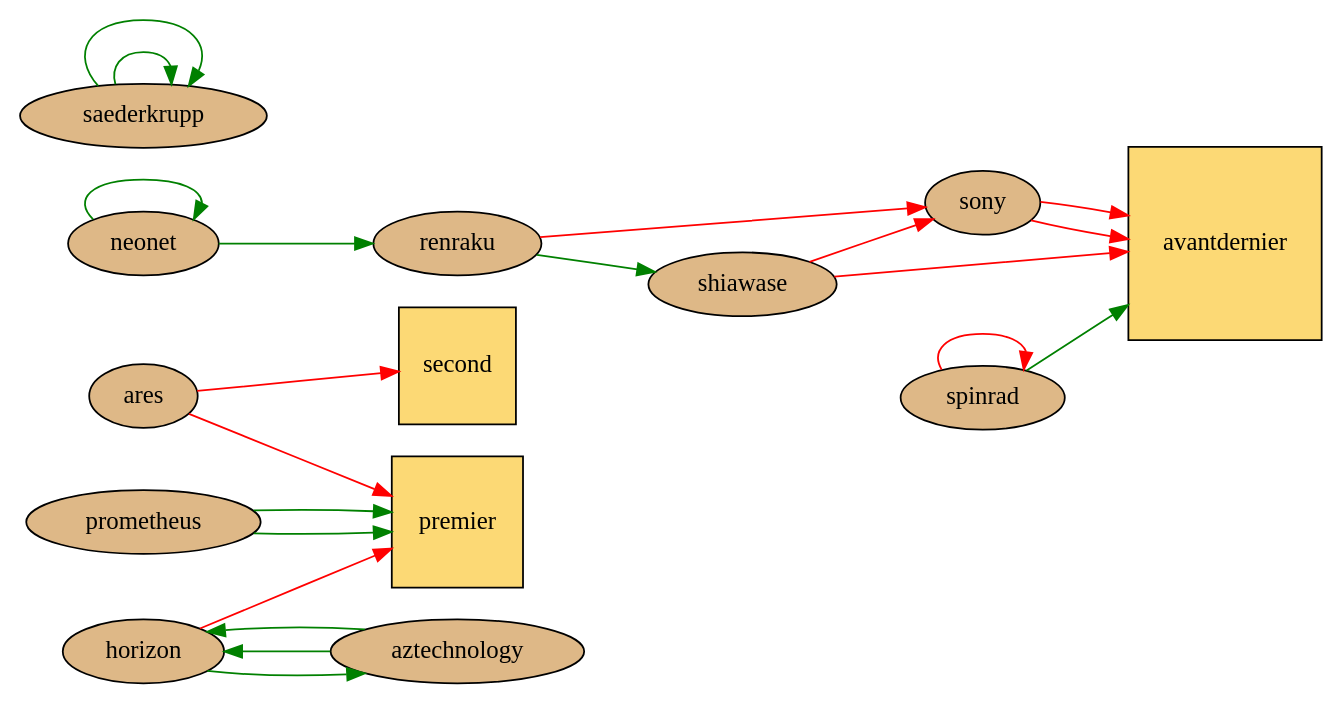
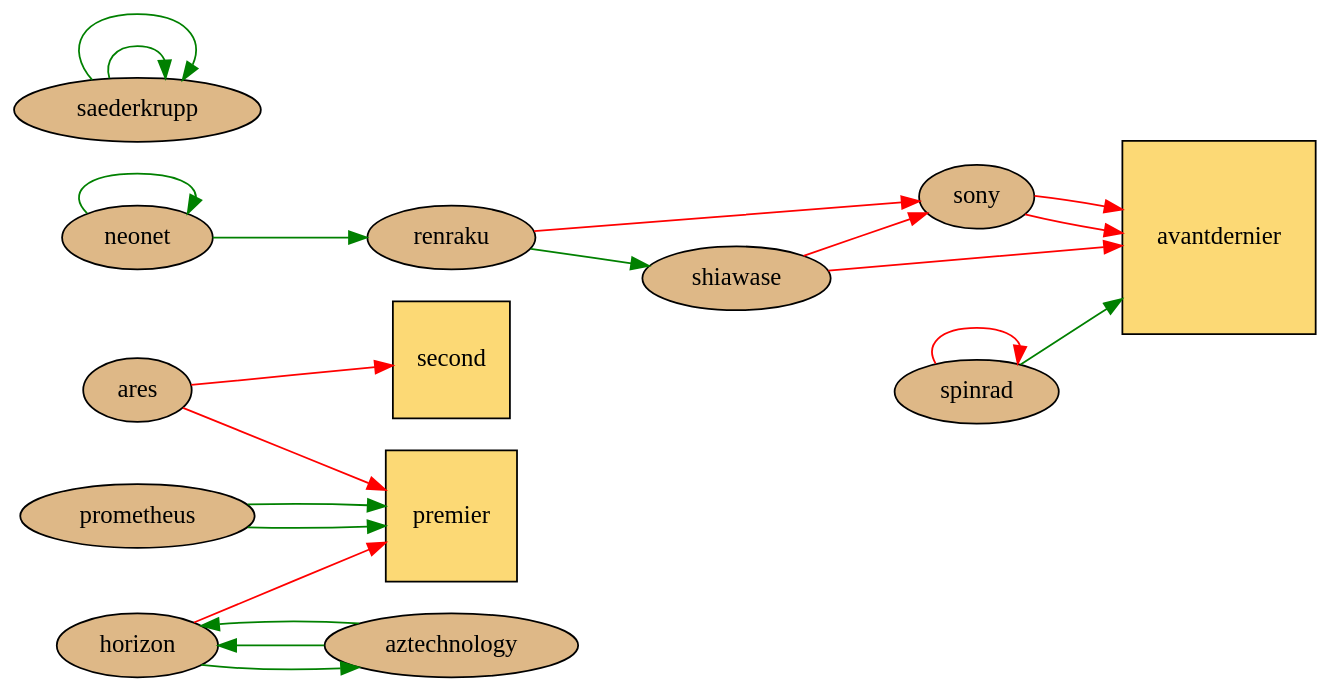
Before and after one commit to Neamar/corporate: the diagram in datas/graphviz/last.dot, drawn with Graphviz. The commit also changed 4 other files, not shown here.

Commit message:
SVG graphs

```diff
--- a/datas/graphviz/last.dot
+++ b/datas/graphviz/last.dot
@@ -1,49 +1,51 @@
+# dot -T svg datas/graphviz/last.dot > website/static/graphviz/last.svg
 digraph g{
   graph [
       rankdir = "LR"
+      bgcolor=transparent
   ];
 
 ares [shape=ellipse,fillcolor="burlywood",style="filled"];
 aztechnology [shape=ellipse,fillcolor="burlywood",style="filled"];
 horizon [shape=ellipse,fillcolor="burlywood",style="filled"];
 neonet [shape=ellipse,fillcolor="burlywood",style="filled"];
 prometheus [shape=ellipse,fillcolor="burlywood",style="filled"];
 renraku [shape=ellipse,fillcolor="burlywood",style="filled"];
 saederkrupp [shape=ellipse,fillcolor="burlywood",style="filled"];
 shiawase [shape=ellipse,fillcolor="burlywood",style="filled"];
 sony [shape=ellipse,fillcolor="burlywood",style="filled"];
 spinrad [shape=ellipse,fillcolor="burlywood",style="filled"];
 premier [shape=square,fillcolor="#FCD975",style="filled"];
 second [shape=square,fillcolor="#FCD975",style="filled"];
 avantdernier [shape=square,fillcolor="#FCD975",style="filled"];
 
 ares -> premier [color="red"];
 ares -> second [color="red"];
 
 aztechnology -> horizon [color="green"];
 aztechnology -> horizon [color="green"];
 
 horizon-> aztechnology [color="green"];
 horizon-> premier [color="red"];
 
 neonet -> neonet [color="green"];
 neonet -> renraku [color="green"];
 
 prometheus -> premier [color="green"];
 prometheus -> premier [color="green"];
 
 renraku -> sony [color="red"];
 renraku -> shiawase [color="green"];
 
 saederkrupp -> saederkrupp [color="green"];
 saederkrupp -> saederkrupp [color="green"];
 
 shiawase -> avantdernier [color="red"];
 shiawase -> sony [color="red"];
 
 sony -> avantdernier [color="red"];
 sony -> avantdernier [color="red"];
 
 spinrad -> spinrad [color="red"];
 spinrad -> avantdernier [color="green"];
 }
```
